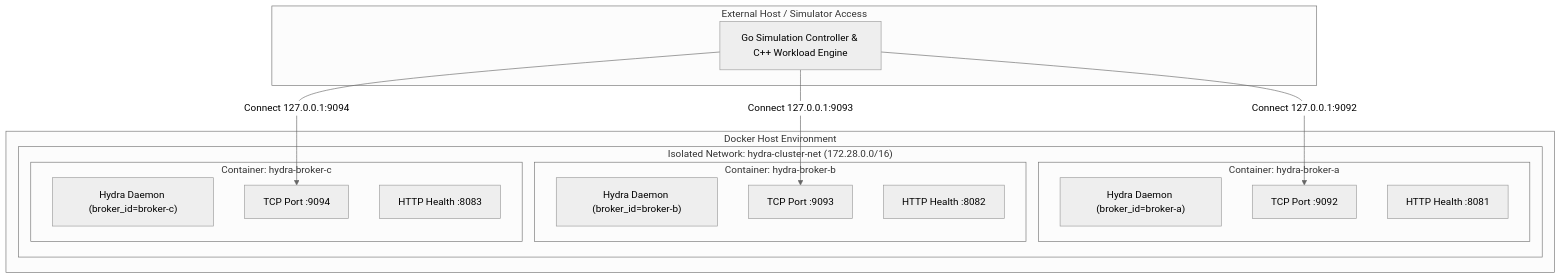
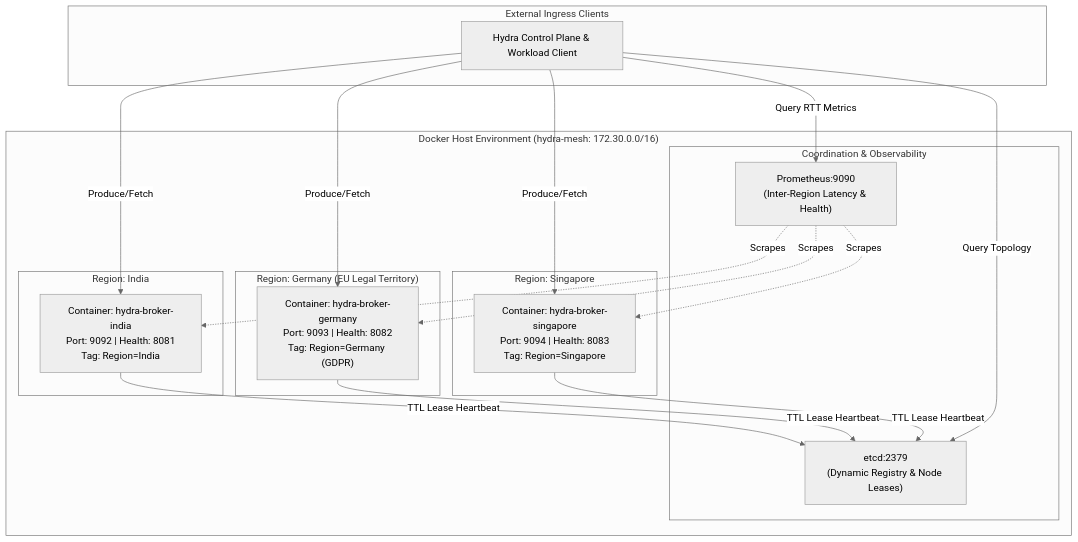
The fifth of 8 diagrams in docs/system-diagrams.md (ansh0014/Hydra-Stream), drawn with Mermaid (neutral theme) before and after one commit. The commit also changed other lines of this file and 12 other files, not shown here.

Commit message:
docs: align documentation with multi-region geo-resilience and Hydra Control Plane architecture

````diff
--- a/docs/system-diagrams.md
+++ b/docs/system-diagrams.md
@@ -229,31 +173,38 @@
 ```mermaid
 flowchart TB
-    subgraph DOCKER_HOST["Docker Host Environment"]
-        subgraph BRIDGE["Isolated Network: hydra-cluster-net (172.28.0.0/16)"]
-            subgraph B1["Container: hydra-broker-a"]
-                SRV1["Hydra Daemon (broker_id=broker-a)"]
-                P1_TCP["TCP Port :9092"]
-                P1_HTTP["HTTP Health :8081"]
-            end
+    subgraph DOCKER_HOST["Docker Host Environment (hydra-mesh: 172.30.0.0/16)"]
+        subgraph COORD["Coordination & Observability"]
+            ETCD["etcd:2379\n(Dynamic Registry & Node Leases)"]
+            PROM["Prometheus:9090\n(Inter-Region Latency & Health)"]
+        end
 
-            subgraph B2["Container: hydra-broker-b"]
-                SRV2["Hydra Daemon (broker_id=broker-b)"]
-                P2_TCP["TCP Port :9093"]
-                P2_HTTP["HTTP Health :8082"]
-            end
+        subgraph R_IN["Region: India"]
+            B1["Container: hydra-broker-india\nPort: 9092 | Health: 8081\nTag: Region=India"]
+        end
 
-            subgraph B3["Container: hydra-broker-c"]
-                SRV3["Hydra Daemon (broker_id=broker-c)"]
-                P3_TCP["TCP Port :9094"]
-                P3_HTTP["HTTP Health :8083"]
-            end
+        subgraph R_DE["Region: Germany (EU Legal Territory)"]
+            B2["Container: hydra-broker-germany\nPort: 9093 | Health: 8082\nTag: Region=Germany (GDPR)"]
         end
+
+        subgraph R_SG["Region: Singapore"]
+            B3["Container: hydra-broker-singapore\nPort: 9094 | Health: 8083\nTag: Region=Singapore"]
+        end
+
+        B1 -->|TTL Lease Heartbeat| ETCD
+        B2 -->|TTL Lease Heartbeat| ETCD
+        B3 -->|TTL Lease Heartbeat| ETCD
+
+        PROM -.->|Scrapes| B1
+        PROM -.->|Scrapes| B2
+        PROM -.->|Scrapes| B3
     end
 
-    subgraph HOST_CLIENTS["External Host / Simulator Access"]
-        SIM_RUNNER["Go Simulation Controller & C++ Workload Engine"]
-        SIM_RUNNER -->|Connect 127.0.0.1:9092| P1_TCP
-        SIM_RUNNER -->|Connect 127.0.0.1:9093| P2_TCP
-        SIM_RUNNER -->|Connect 127.0.0.1:9094| P3_TCP
+    subgraph CLIENTS["External Ingress Clients"]
+        CLI["Hydra Control Plane & Workload Client"]
+        CLI -->|Query Topology| ETCD
+        CLI -->|Query RTT Metrics| PROM
+        CLI -->|Produce/Fetch| B1
+        CLI -->|Produce/Fetch| B2
+        CLI -->|Produce/Fetch| B3
     end
 ```
````
